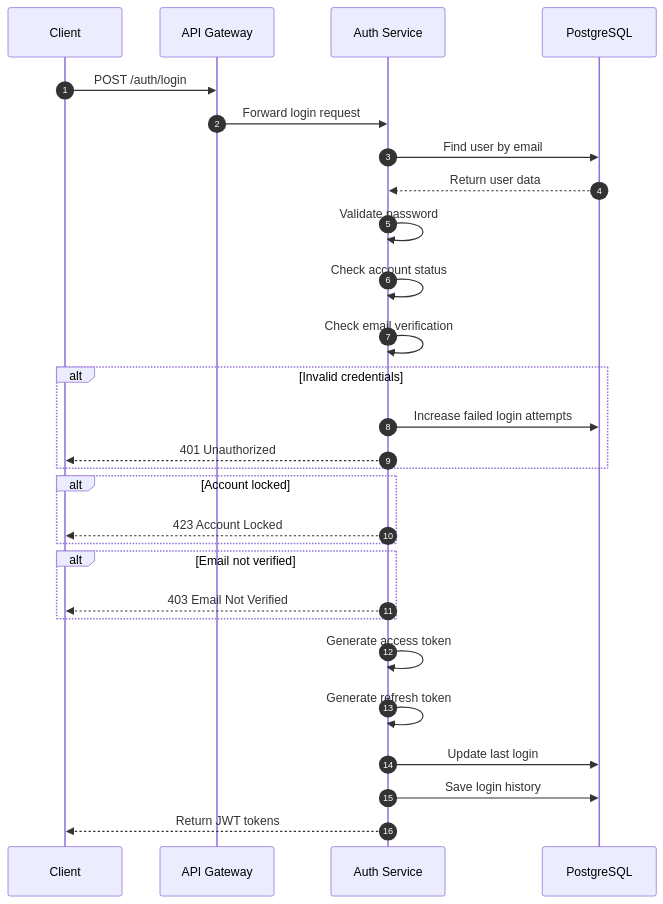
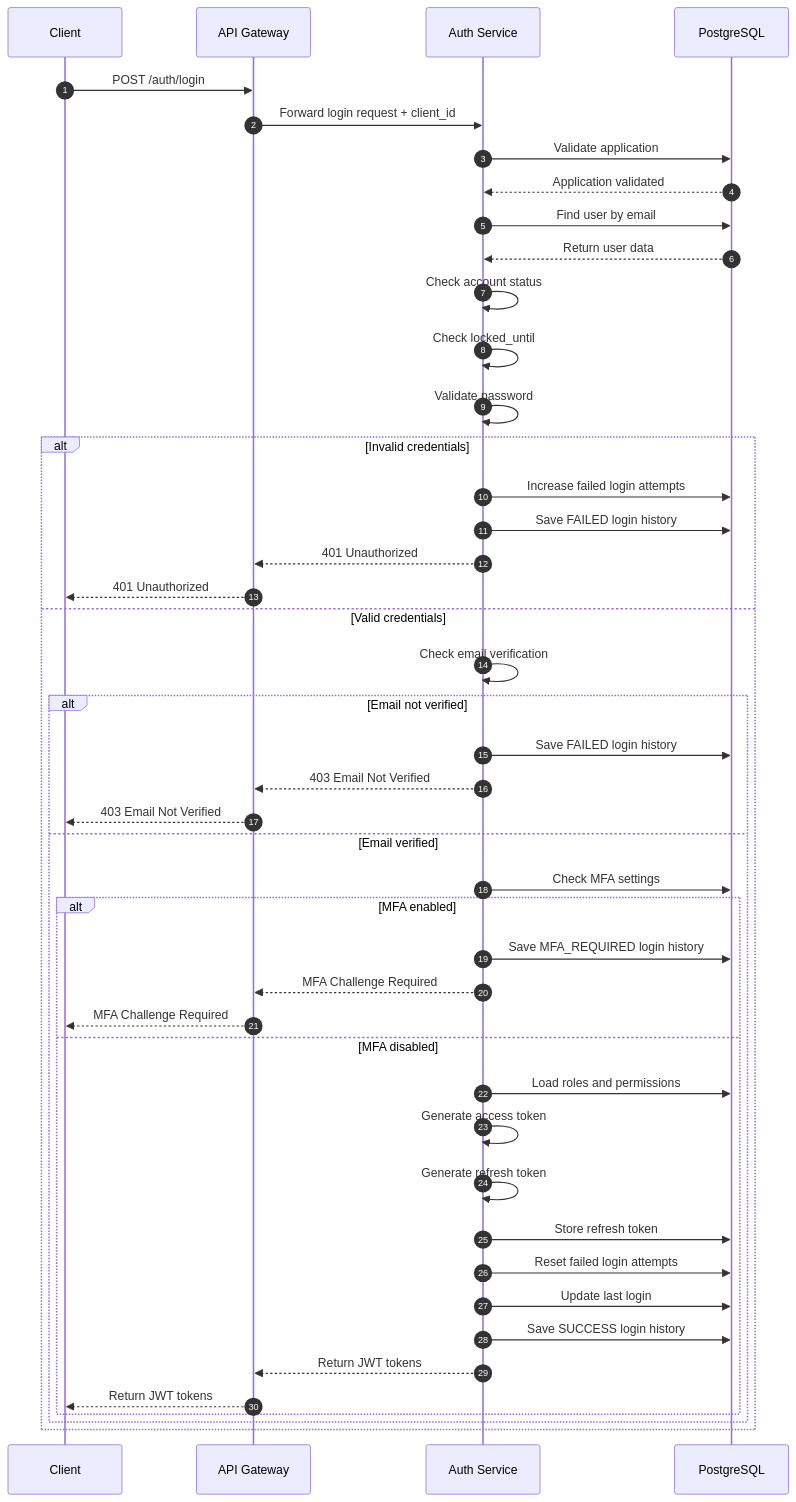
One commit to phiduymanh1/auth-service changed the diagram in docs/architecture/fllows/login-flow.md. Above: the diagram before and after it, drawn with Mermaid. The commit also changed other lines of this file and 1 other file, not shown here.

Commit message:
add document login flow and API endpoints

````diff
--- a/docs/architecture/fllows/login-flow.md
+++ b/docs/architecture/fllows/login-flow.md
@@ -11,40 +11,71 @@
 ```mermaid
 sequenceDiagram
     autonumber
 
     participant Client
     participant Gateway as API Gateway
     participant Auth as Auth Service
     participant DB as PostgreSQL
 
     Client->>Gateway: POST /auth/login
-    Gateway->>Auth: Forward login request
+    Gateway->>Auth: Forward login request + client_id
+
+    Auth->>DB: Validate application
+    DB-->>Auth: Application validated
 
     Auth->>DB: Find user by email
     DB-->>Auth: Return user data
 
+    Auth->>Auth: Check account status
+    Auth->>Auth: Check locked_until
     Auth->>Auth: Validate password
-    Auth->>Auth: Check account status
-    Auth->>Auth: Check email verification
 
     alt Invalid credentials
+
         Auth->>DB: Increase failed login attempts
-        Auth-->>Client: 401 Unauthorized
+        Auth->>DB: Save FAILED login history
+
+        Auth-->>Gateway: 401 Unauthorized
+        Gateway-->>Client: 401 Unauthorized
+
+    else Valid credentials
+
+        Auth->>Auth: Check email verification
+
+        alt Email not verified
+
+            Auth->>DB: Save FAILED login history
+
+            Auth-->>Gateway: 403 Email Not Verified
+            Gateway-->>Client: 403 Email Not Verified
+
+        else Email verified
+
+            Auth->>DB: Check MFA settings
+
+            alt MFA enabled
+
+                Auth->>DB: Save MFA_REQUIRED login history
+
+                Auth-->>Gateway: MFA Challenge Required
+                Gateway-->>Client: MFA Challenge Required
+
+            else MFA disabled
+
+                Auth->>DB: Load roles and permissions
+
+                Auth->>Auth: Generate access token
+                Auth->>Auth: Generate refresh token
+
+                Auth->>DB: Store refresh token
+                Auth->>DB: Reset failed login attempts
+                Auth->>DB: Update last login
+                Auth->>DB: Save SUCCESS login history
+
+                Auth-->>Gateway: Return JWT tokens
+                Gateway-->>Client: Return JWT tokens
+
+            end
+        end
     end
-
-    alt Account locked
-        Auth-->>Client: 423 Account Locked
-    end
-
-    alt Email not verified
-        Auth-->>Client: 403 Email Not Verified
-    end
-
-    Auth->>Auth: Generate access token
-    Auth->>Auth: Generate refresh token
-
-    Auth->>DB: Update last login
-    Auth->>DB: Save login history
-
-    Auth-->>Client: Return JWT tokens
 ```
````
